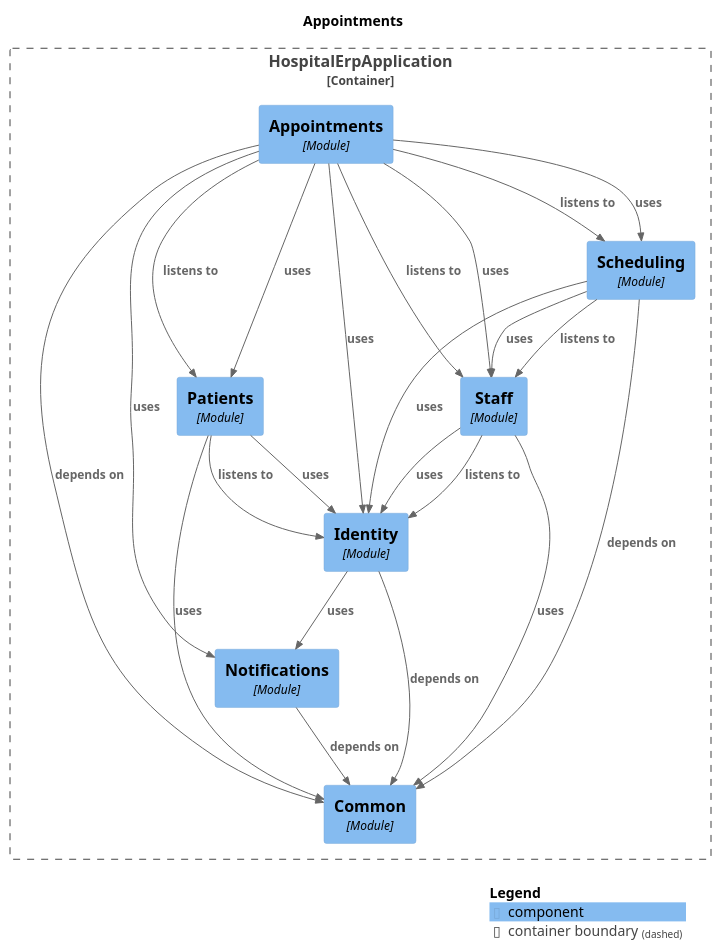
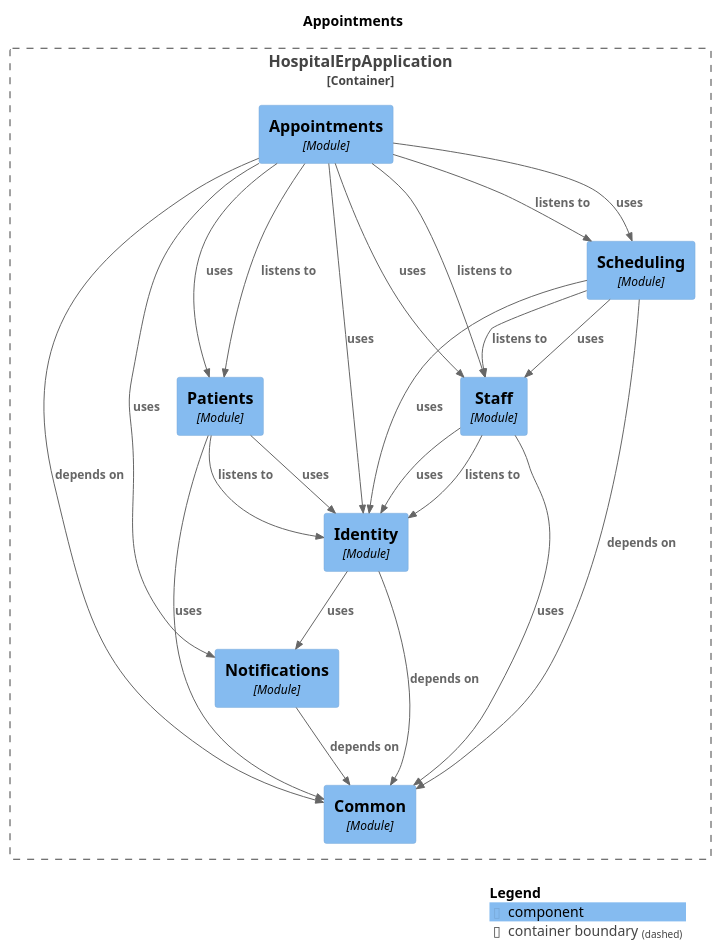
The diagram in docs/modules/module-appointments.puml (harshsharma5720/HospitalERP), drawn with PlantUML before and after one commit. The commit also changed other lines of this file and 35 other files, not shown here.

```diff
--- a/docs/modules/module-appointments.puml
+++ b/docs/modules/module-appointments.puml
@@ -1,45 +1,45 @@
 @startuml
 set separator none
 title Appointments
 
 top to bottom direction
 
 !include <C4/C4>
 !include <C4/C4_Context>
 !include <C4/C4_Component>
 
 Container_Boundary("HospitalErpApplication.HospitalErpApplication_boundary", "HospitalErpApplication", $tags="") {
+  Component(HospitalErpApplication.HospitalErpApplication.Scheduling, "Scheduling", $techn="Module", $descr="", $tags="", $link="")
   Component(HospitalErpApplication.HospitalErpApplication.Appointments, "Appointments", $techn="Module", $descr="", $tags="", $link="")
   Component(HospitalErpApplication.HospitalErpApplication.Common, "Common", $techn="Module", $descr="", $tags="", $link="")
   Component(HospitalErpApplication.HospitalErpApplication.Notifications, "Notifications", $techn="Module", $descr="", $tags="", $link="")
   Component(HospitalErpApplication.HospitalErpApplication.Identity, "Identity", $techn="Module", $descr="", $tags="", $link="")
   Component(HospitalErpApplication.HospitalErpApplication.Staff, "Staff", $techn="Module", $descr="", $tags="", $link="")
   Component(HospitalErpApplication.HospitalErpApplication.Patients, "Patients", $techn="Module", $descr="", $tags="", $link="")
-  Component(HospitalErpApplication.HospitalErpApplication.Scheduling, "Scheduling", $techn="Module", $descr="", $tags="", $link="")
 }
 
-Rel(HospitalErpApplication.HospitalErpApplication.Identity, HospitalErpApplication.HospitalErpApplication.Common, "depends on", $techn="", $tags="", $link="")
-Rel(HospitalErpApplication.HospitalErpApplication.Identity, HospitalErpApplication.HospitalErpApplication.Notifications, "uses", $techn="", $tags="", $link="")
+Rel(HospitalErpApplication.HospitalErpApplication.Notifications, HospitalErpApplication.HospitalErpApplication.Common, "depends on", $techn="", $tags="", $link="")
 Rel(HospitalErpApplication.HospitalErpApplication.Scheduling, HospitalErpApplication.HospitalErpApplication.Staff, "listens to", $techn="", $tags="", $link="")
 Rel(HospitalErpApplication.HospitalErpApplication.Scheduling, HospitalErpApplication.HospitalErpApplication.Common, "depends on", $techn="", $tags="", $link="")
 Rel(HospitalErpApplication.HospitalErpApplication.Scheduling, HospitalErpApplication.HospitalErpApplication.Staff, "uses", $techn="", $tags="", $link="")
 Rel(HospitalErpApplication.HospitalErpApplication.Scheduling, HospitalErpApplication.HospitalErpApplication.Identity, "uses", $techn="", $tags="", $link="")
-Rel(HospitalErpApplication.HospitalErpApplication.Notifications, HospitalErpApplication.HospitalErpApplication.Common, "depends on", $techn="", $tags="", $link="")
+Rel(HospitalErpApplication.HospitalErpApplication.Patients, HospitalErpApplication.HospitalErpApplication.Identity, "listens to", $techn="", $tags="", $link="")
+Rel(HospitalErpApplication.HospitalErpApplication.Patients, HospitalErpApplication.HospitalErpApplication.Identity, "uses", $techn="", $tags="", $link="")
+Rel(HospitalErpApplication.HospitalErpApplication.Patients, HospitalErpApplication.HospitalErpApplication.Common, "uses", $techn="", $tags="", $link="")
 Rel(HospitalErpApplication.HospitalErpApplication.Staff, HospitalErpApplication.HospitalErpApplication.Identity, "listens to", $techn="", $tags="", $link="")
 Rel(HospitalErpApplication.HospitalErpApplication.Staff, HospitalErpApplication.HospitalErpApplication.Identity, "uses", $techn="", $tags="", $link="")
 Rel(HospitalErpApplication.HospitalErpApplication.Staff, HospitalErpApplication.HospitalErpApplication.Common, "uses", $techn="", $tags="", $link="")
 Rel(HospitalErpApplication.HospitalErpApplication.Appointments, HospitalErpApplication.HospitalErpApplication.Staff, "listens to", $techn="", $tags="", $link="")
 Rel(HospitalErpApplication.HospitalErpApplication.Appointments, HospitalErpApplication.HospitalErpApplication.Patients, "listens to", $techn="", $tags="", $link="")
 Rel(HospitalErpApplication.HospitalErpApplication.Appointments, HospitalErpApplication.HospitalErpApplication.Scheduling, "listens to", $techn="", $tags="", $link="")
 Rel(HospitalErpApplication.HospitalErpApplication.Appointments, HospitalErpApplication.HospitalErpApplication.Common, "depends on", $techn="", $tags="", $link="")
 Rel(HospitalErpApplication.HospitalErpApplication.Appointments, HospitalErpApplication.HospitalErpApplication.Patients, "uses", $techn="", $tags="", $link="")
 Rel(HospitalErpApplication.HospitalErpApplication.Appointments, HospitalErpApplication.HospitalErpApplication.Staff, "uses", $techn="", $tags="", $link="")
 Rel(HospitalErpApplication.HospitalErpApplication.Appointments, HospitalErpApplication.HospitalErpApplication.Scheduling, "uses", $techn="", $tags="", $link="")
 Rel(HospitalErpApplication.HospitalErpApplication.Appointments, HospitalErpApplication.HospitalErpApplication.Identity, "uses", $techn="", $tags="", $link="")
 Rel(HospitalErpApplication.HospitalErpApplication.Appointments, HospitalErpApplication.HospitalErpApplication.Notifications, "uses", $techn="", $tags="", $link="")
-Rel(HospitalErpApplication.HospitalErpApplication.Patients, HospitalErpApplication.HospitalErpApplication.Identity, "listens to", $techn="", $tags="", $link="")
-Rel(HospitalErpApplication.HospitalErpApplication.Patients, HospitalErpApplication.HospitalErpApplication.Identity, "uses", $techn="", $tags="", $link="")
-Rel(HospitalErpApplication.HospitalErpApplication.Patients, HospitalErpApplication.HospitalErpApplication.Common, "uses", $techn="", $tags="", $link="")
+Rel(HospitalErpApplication.HospitalErpApplication.Identity, HospitalErpApplication.HospitalErpApplication.Common, "depends on", $techn="", $tags="", $link="")
+Rel(HospitalErpApplication.HospitalErpApplication.Identity, HospitalErpApplication.HospitalErpApplication.Notifications, "uses", $techn="", $tags="", $link="")
 
 SHOW_LEGEND(true)
 @enduml
```
